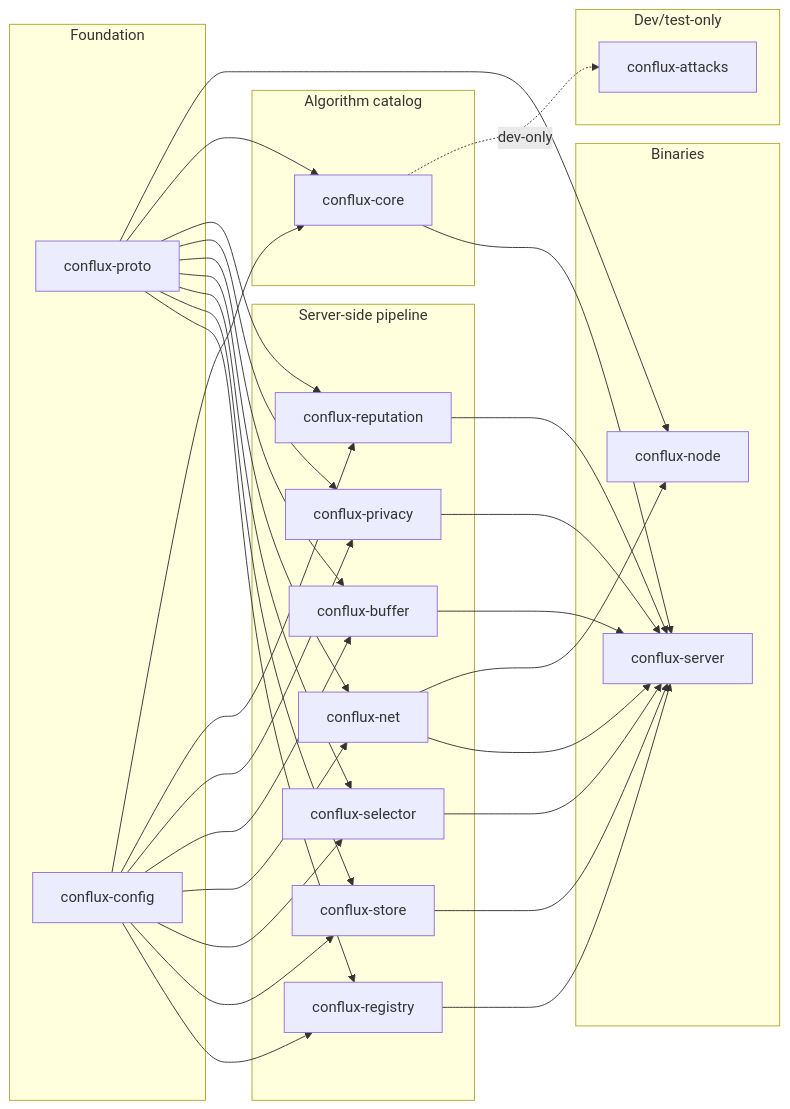
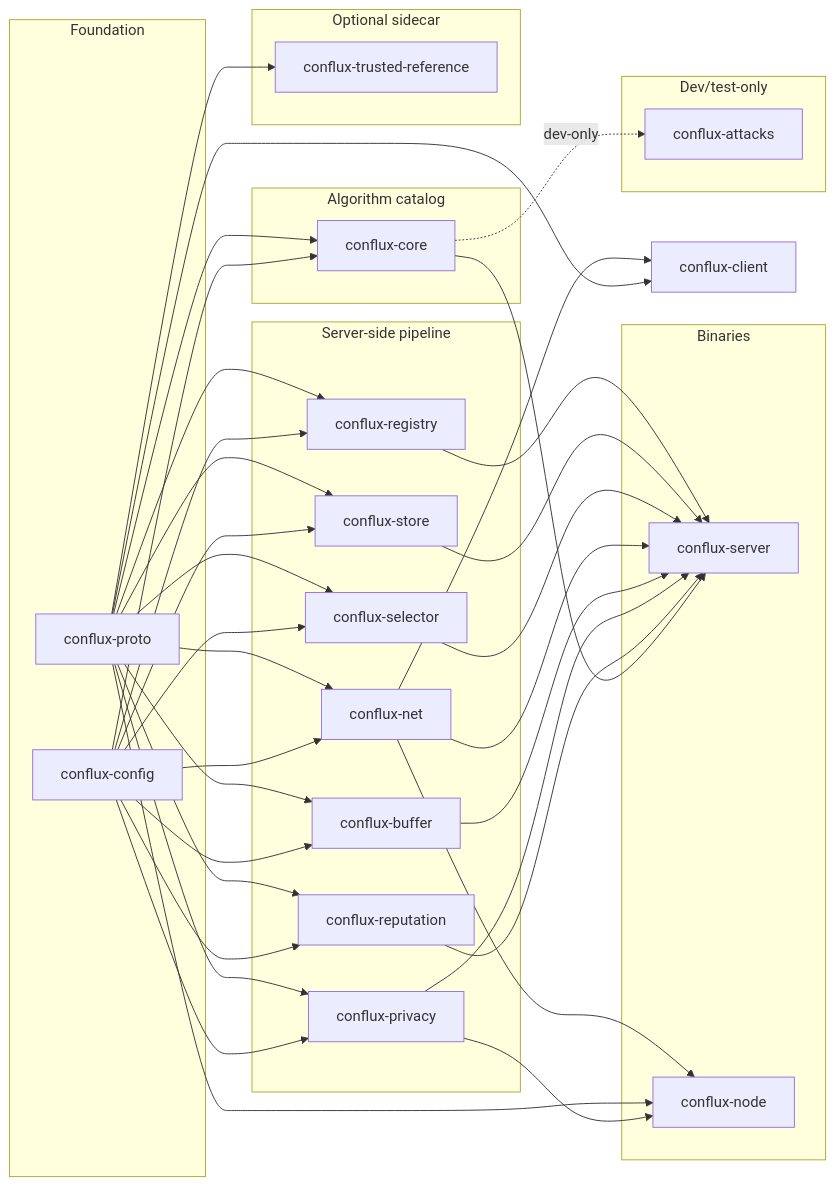
One commit to conflux-fl/conflux-fl changed the diagram in README.md. Above: the diagram before and after it, drawn with Mermaid. The commit also changed other lines of this file and 12 other files, not shown here.

````diff
--- a/README.md
+++ b/README.md
@@ -107,30 +107,36 @@
 ```mermaid
 graph LR
  subgraph "Foundation"
  proto[conflux-proto]
  config[conflux-config]
  end
  subgraph "Server-side pipeline"
  registry[conflux-registry]
  store[conflux-store]
  selector[conflux-selector]
  net[conflux-net]
  buffer[conflux-buffer]
  privacy[conflux-privacy]
  reputation[conflux-reputation]
  end
  subgraph "Algorithm catalog"
  core[conflux-core]
  end
  subgraph "Binaries"
  server[conflux-server]
  node[conflux-node]
  end
  subgraph "Dev/test-only"
  attacks[conflux-attacks]
  end
+ subgraph "Optional sidecar"
+ trusted[conflux-trusted-reference]
+ end
+ client[conflux-client]
  proto & config --> registry & store & selector & net & buffer & privacy & reputation & core
  registry & store & selector & net & buffer & privacy & reputation & core --> server
- net & proto --> node
+ net & proto & privacy --> node
+ net & proto --> client
+ proto --> trusted
  core -.dev-only.-> attacks
 ```
````
